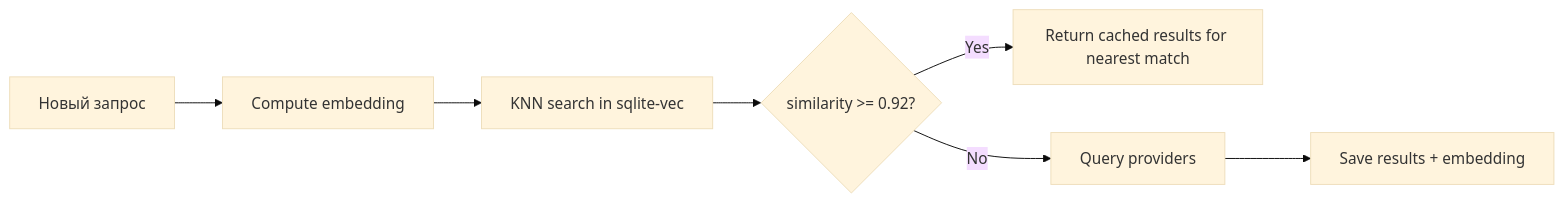
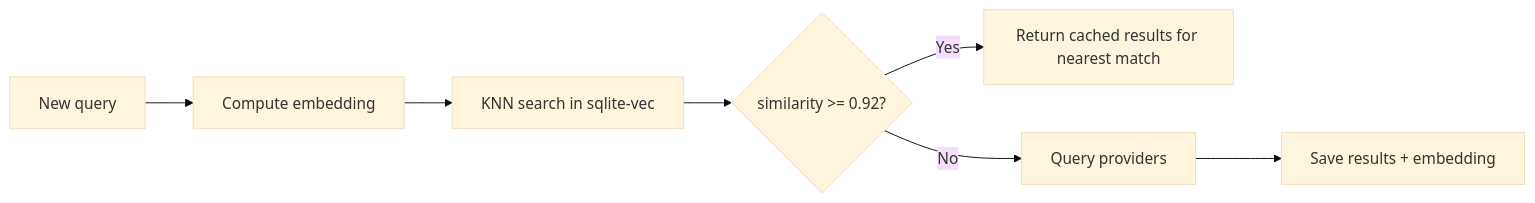
One commit to ilgizar-valiullin/mcp-web-hound changed the diagram in docs/caching.md. Above: the diagram before and after it, drawn with Mermaid (base theme). The commit also changed other lines of this file and 16 other files, not shown here.

````diff
--- a/docs/caching.md
+++ b/docs/caching.md
@@ -198,9 +198,9 @@
 ```mermaid
 flowchart LR
-    A[Новый запрос] --> B[Compute embedding]
+    A[New query] --> B[Compute embedding]
     B --> C[KNN search in sqlite-vec]
     C --> D{similarity >= 0.92?}
     D -->|Yes| E[Return cached results for nearest match]
     D -->|No| F[Query providers]
     F --> G[Save results + embedding]
 ```
````
